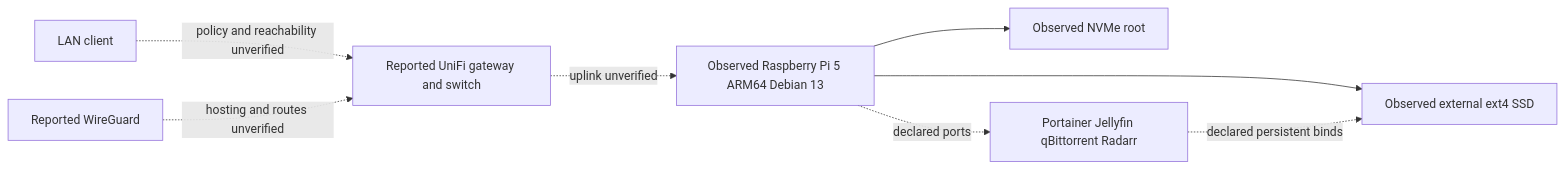
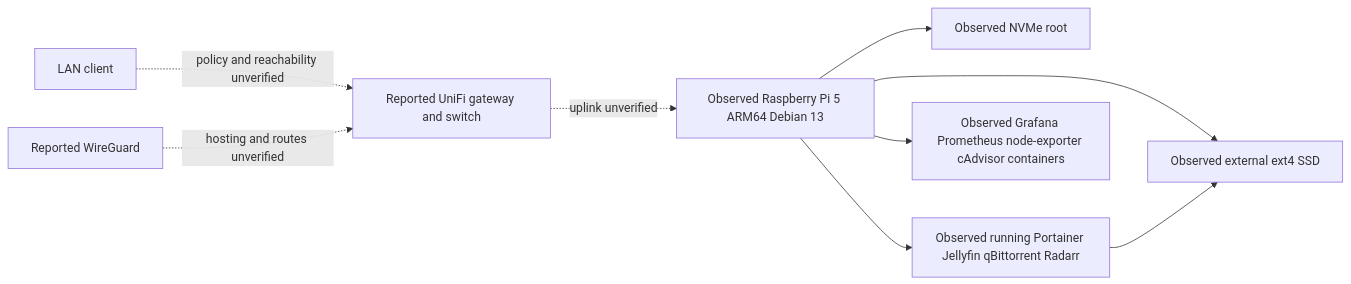
Before and after one commit to finntucky1/homelab: the diagram in networking/README.md, drawn with Mermaid. The commit also changed other lines of this file and 26 other files, not shown here.

````diff
--- a/networking/README.md
+++ b/networking/README.md
@@ -6,10 +6,11 @@
 ```mermaid
 flowchart LR
   Client[LAN client] -. policy and reachability unverified .-> Gateway[Reported UniFi gateway and switch]
   VPN[Reported WireGuard] -. hosting and routes unverified .-> Gateway
   Gateway -. uplink unverified .-> Pi[Observed Raspberry Pi 5 ARM64 Debian 13]
   Pi --> NVMe[Observed NVMe root]
   Pi --> SSD[Observed external ext4 SSD]
-  Pi -. declared ports .-> Apps[Portainer Jellyfin qBittorrent Radarr]
-  Apps -. declared persistent binds .-> SSD
+  Pi --> Apps[Observed running Portainer Jellyfin qBittorrent Radarr]
+  Apps --> SSD
+  Pi --> Metrics[Observed Grafana Prometheus node-exporter cAdvisor containers]
 ```
````
